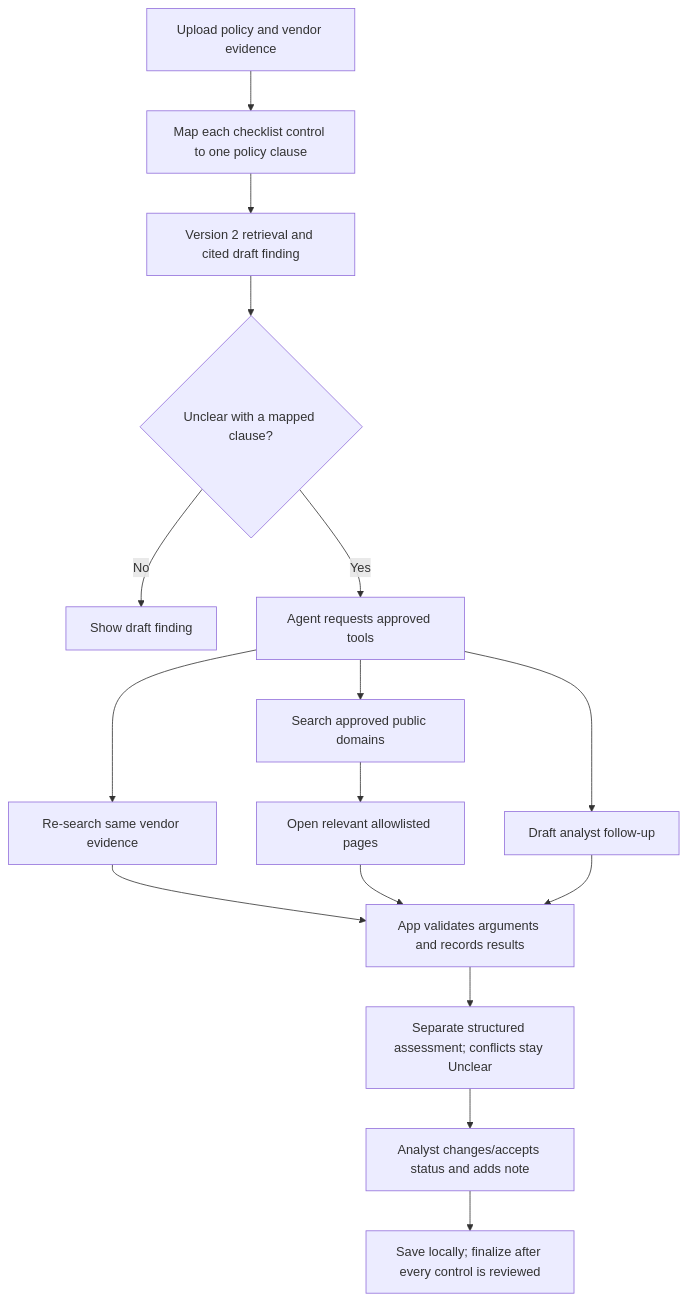
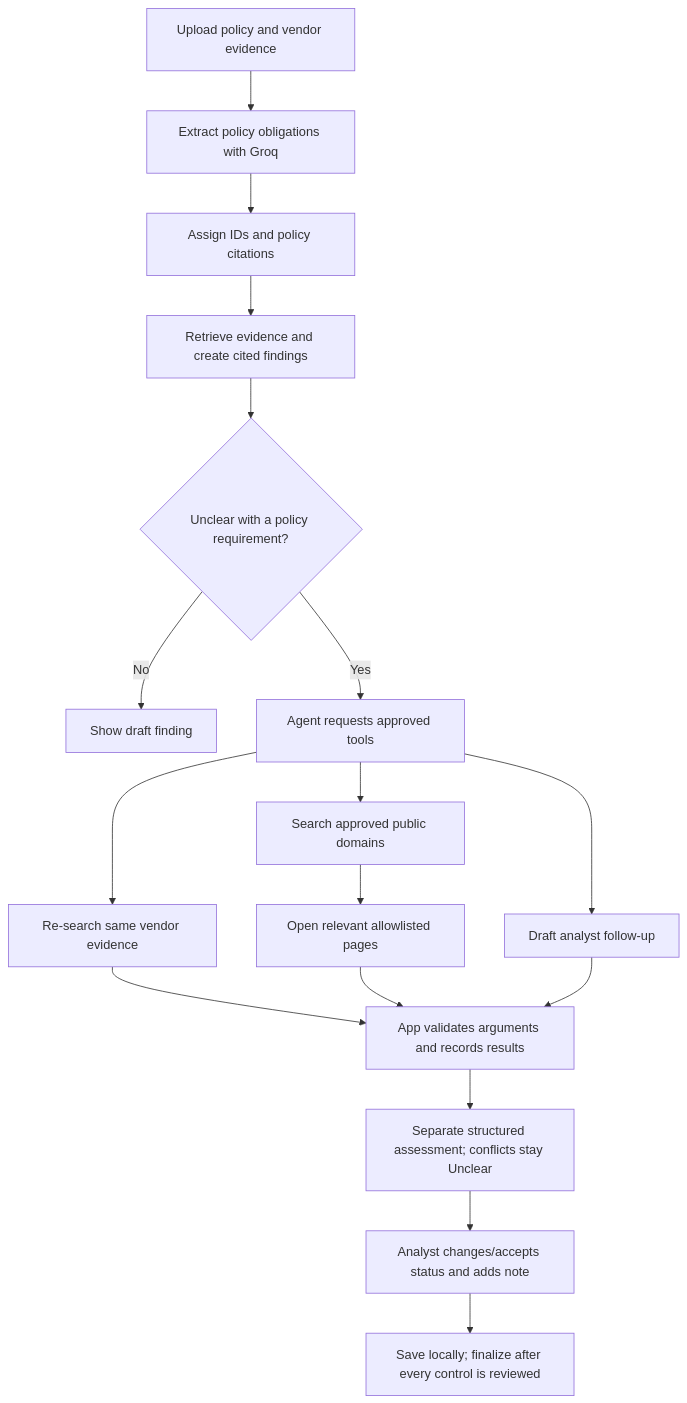
One commit to shridhar2k9/vendor-accessor-agent changed the diagram in README.md. Above: the diagram before and after it, drawn with Mermaid. The commit also changed other lines of this file and 5 other files, not shown here.

Commit message:
agent(vendor risk assessor): updated hardcoded policy checklist to dynamic checklist from uploaded company policy

````diff
--- a/README.md
+++ b/README.md
@@ -44,18 +44,19 @@
 ```mermaid
 flowchart TD
-    A[Upload policy and vendor evidence] --> B[Map each checklist control to one policy clause]
-    B --> C[Version 2 retrieval and cited draft finding]
-    C --> D{Unclear with a mapped clause?}
+    A[Upload policy and vendor evidence] --> B[Extract policy obligations with Groq]
+    B --> C[Assign IDs and policy citations]
+    C --> C2[Retrieve evidence and create cited findings]
+    C2 --> D{Unclear with a policy requirement?}
     D -- No --> H[Show draft finding]
     D -- Yes --> E[Agent requests approved tools]
     E --> F[Re-search same vendor evidence]
     E --> G[Search approved public domains]
     G --> I[Open relevant allowlisted pages]
     F --> J[App validates arguments and records results]
     I --> J
     E --> K[Draft analyst follow-up]
     K --> J
     J --> L[Separate structured assessment; conflicts stay Unclear]
     L --> M[Analyst changes/accepts status and adds note]
     M --> N[Save locally; finalize after every control is reviewed]
 ```
````
